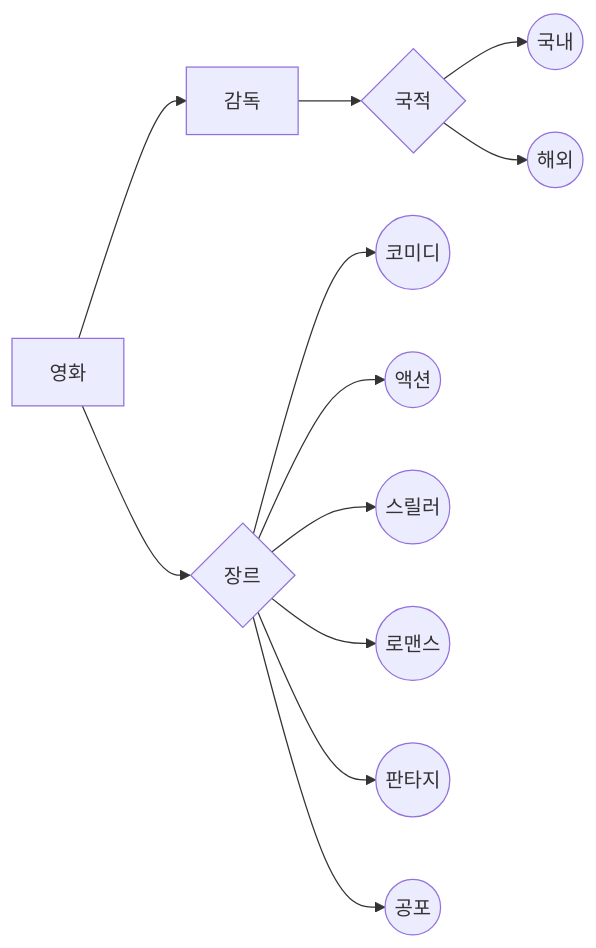
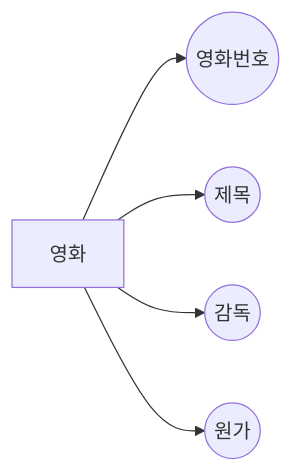
Before and after one commit to ydj1215/2022DataBaseProject: the diagram in README.md, drawn with Mermaid.

````diff
--- a/README.md
+++ b/README.md
@@ -23,14 +23,8 @@
 ```mermaid
 graph LR
-A[영화] -->B[감독]
-    B --> C{국적}
-    C --> D((국내))
-    C --> E((해외))
-A --> F{장르}
-F --> G((코미디))
-F --> H((액션))
-F --> I((스릴러))
-F --> J((로맨스))
-F --> K((판타지))
-F --> N((공포))
+A[영화]
+   A --> B((영화번호))
+   A --> C((제목))
+   A --> D((감독))
+   A --> E((원가))
 ```
````
